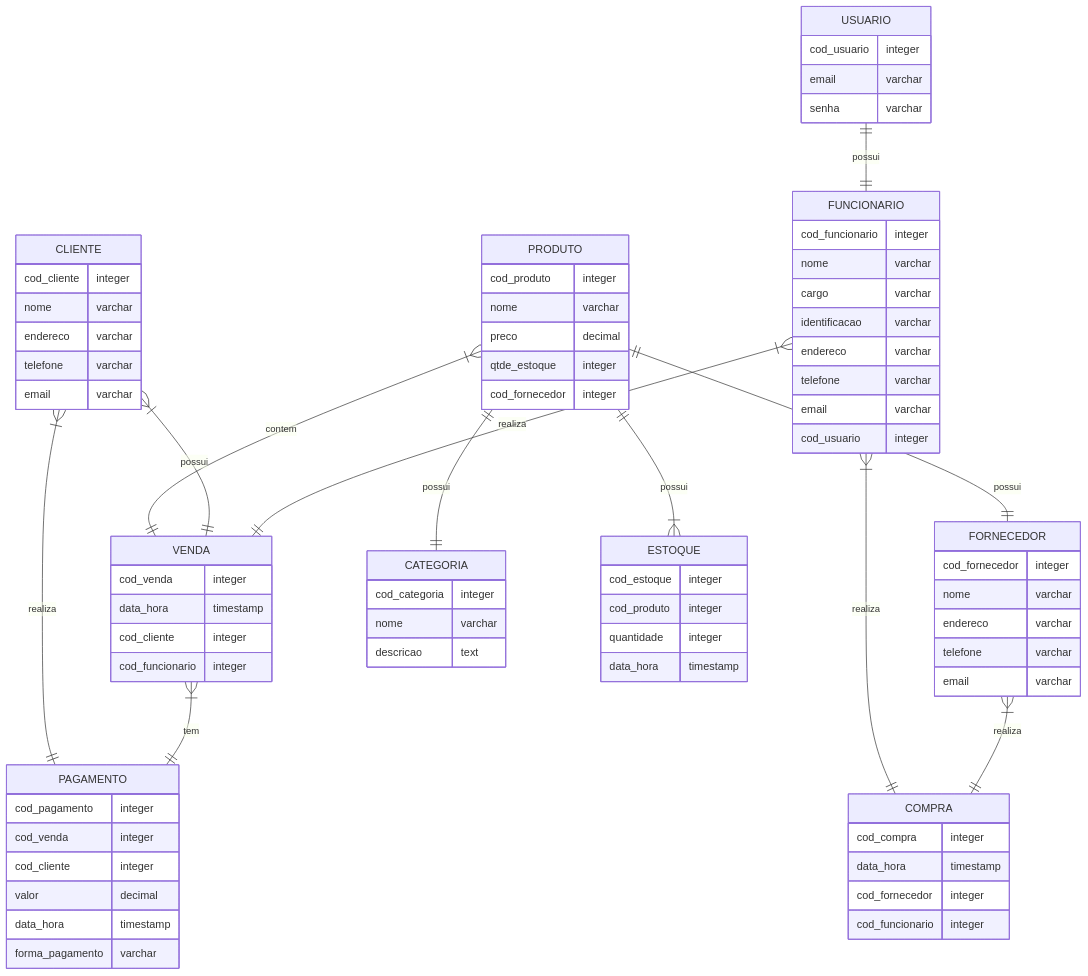
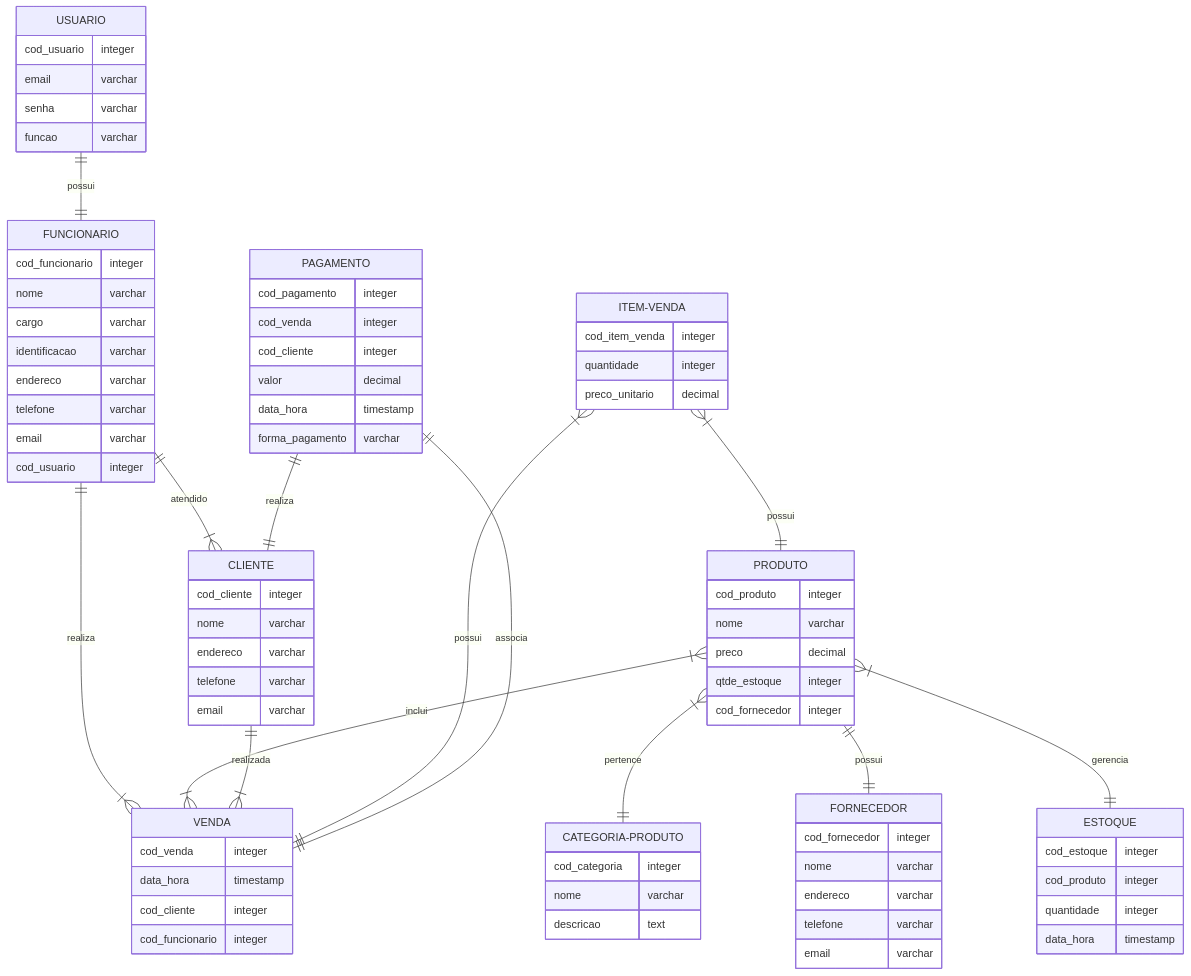
The diagram in diagrams/DER.md (fernandesraquel/doc-modelos), drawn with Mermaid before and after one commit.

````diff
--- a/diagrams/DER.md
+++ b/diagrams/DER.md
@@ -3,20 +3,22 @@
 ```mermaid
     erDiagram
+        USUARIO ||--|| FUNCIONARIO : possui
+        FUNCIONARIO || --|{ CLIENTE : atendido
+        FUNCIONARIO ||--|{ VENDA : realiza
+        PRODUTO }|--|| CATEGORIA-PRODUTO : pertence
+        PRODUTO }|--|{ VENDA : inclui
         PRODUTO ||--|| FORNECEDOR : possui
-        PRODUTO }|--|| VENDA : contem
-        PRODUTO ||--|| CATEGORIA : possui
-        PRODUTO ||--|{ ESTOQUE : possui
-        CLIENTE }|--|| VENDA : possui
-        FUNCIONARIO }|--|| VENDA : realiza
-        FUNCIONARIO }|--|| COMPRA : realiza
-        FORNECEDOR }|--|| COMPRA : realiza
-        CLIENTE }|--|| PAGAMENTO : realiza
-        VENDA }|--|| PAGAMENTO : tem
-        USUARIO ||--|| FUNCIONARIO : possui
+        PRODUTO }|--|| ESTOQUE : gerencia
+        CLIENTE ||--|{ VENDA : realizada
+        ITEM-VENDA }|--|| VENDA : possui
+        ITEM-VENDA }|--|| PRODUTO : possui
+        PAGAMENTO ||--|| VENDA  : associa
+        PAGAMENTO ||--|| CLIENTE : realiza
         USUARIO {
             cod_usuario integer
             email varchar
             senha varchar
+            funcao varchar
         }
         PRODUTO {
              cod_produto integer
@@ -46,6 +48,11 @@
             cod_cliente integer
             cod_funcionario integer
         }
+        ITEM-VENDA {
+            cod_item_venda integer
+            quantidade integer
+            preco_unitario decimal
+        }
          FUNCIONARIO {
             cod_funcionario integer
             nome varchar
@@ -62,13 +69,7 @@
             quantidade integer
             data_hora timestamp
         }
-        COMPRA {
-            cod_compra integer
-            data_hora timestamp
-            cod_fornecedor integer
-            cod_funcionario integer
-        }
-        CATEGORIA {
+        CATEGORIA-PRODUTO {
             cod_categoria integer
             nome varchar
             descricao text
````
